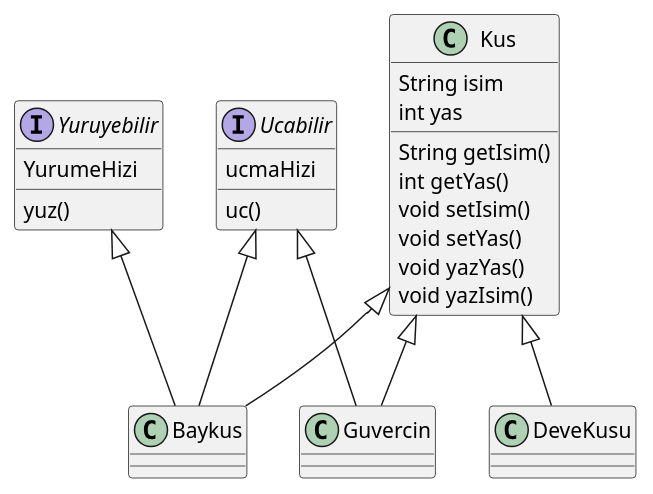
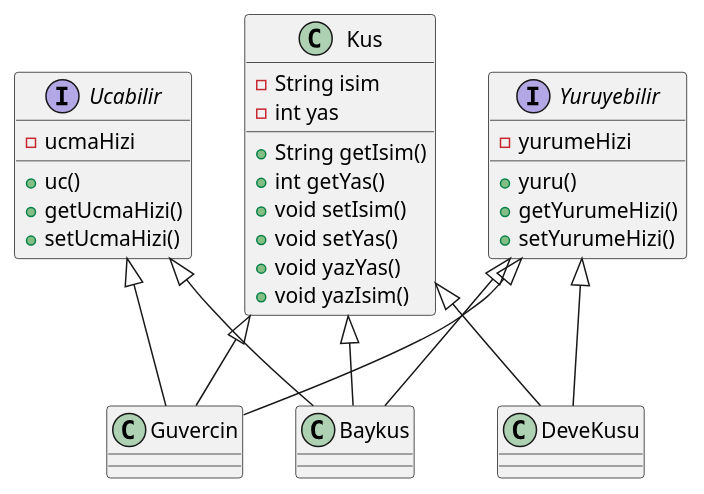
One commit to hatsat32/yuksek-lisans changed the diagram in tasarim-oruntuleri/ODEV01/odev01.puml. Above: the diagram before and after it, drawn with PlantUML. The commit also changed 1 other file, not shown here.

```diff
--- a/tasarim-oruntuleri/ODEV01/odev01.puml
+++ b/tasarim-oruntuleri/ODEV01/odev01.puml
@@ -1,45 +1,52 @@
 @startuml
 
 interface Ucabilir {
-    ucmaHizi
-    uc()
+    - ucmaHizi
+    + uc()
+    + getUcmaHizi()
+    + setUcmaHizi()
 }
 
 interface Yuruyebilir {
-    YurumeHizi
-    yuz()
+    - yurumeHizi
+    + yuru()
+    + getYurumeHizi()
+    + setYurumeHizi()
 }
 
 class Kus {
-    String isim
-    int yas
-    String getIsim()
-    int getYas()
-    void setIsim()
-    void setYas()
-    void yazYas()
-    void yazIsim()
+    - String isim
+    - int yas
+    + String getIsim()
+    + int getYas()
+    + void setIsim()
+    + void setYas()
+    + void yazYas()
+    + void yazIsim()
 }
 
 class Baykus {
 
 }
 
 class Guvercin {
 
 }
 
 class DeveKusu {
 
 }
 
 Kus <|-- Baykus
 Kus <|-- Guvercin
 Kus <|-- DeveKusu
 
 Yuruyebilir <|-- Baykus
 Ucabilir <|-- Baykus
 
+Yuruyebilir <|-- Guvercin
 Ucabilir <|-- Guvercin
 
+Yuruyebilir <|-- DeveKusu
+
 @enduml
```
